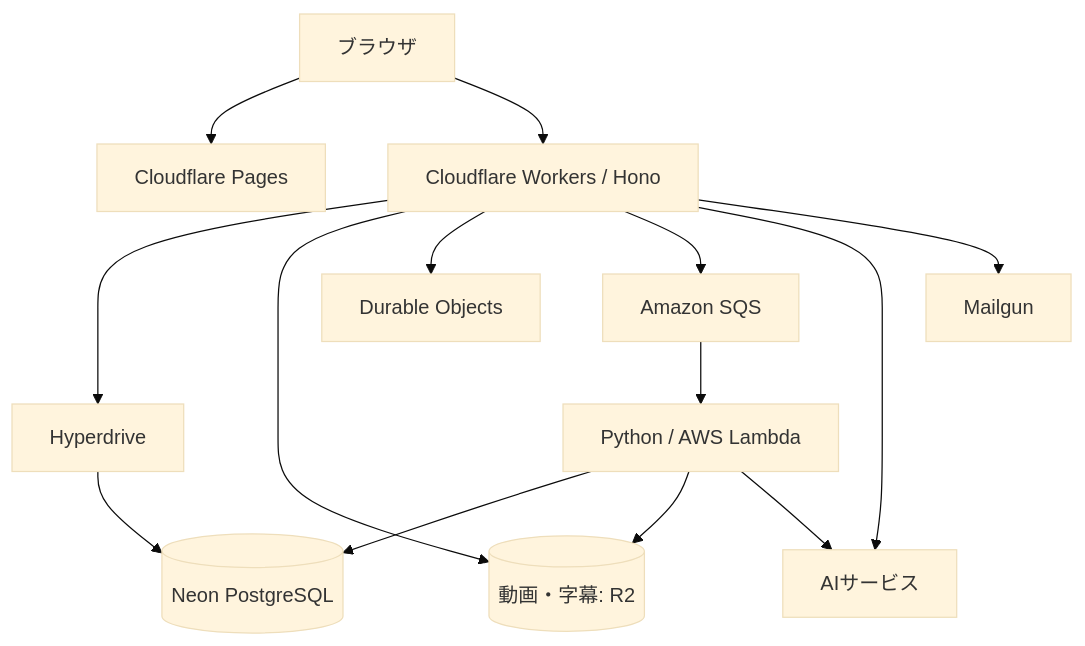
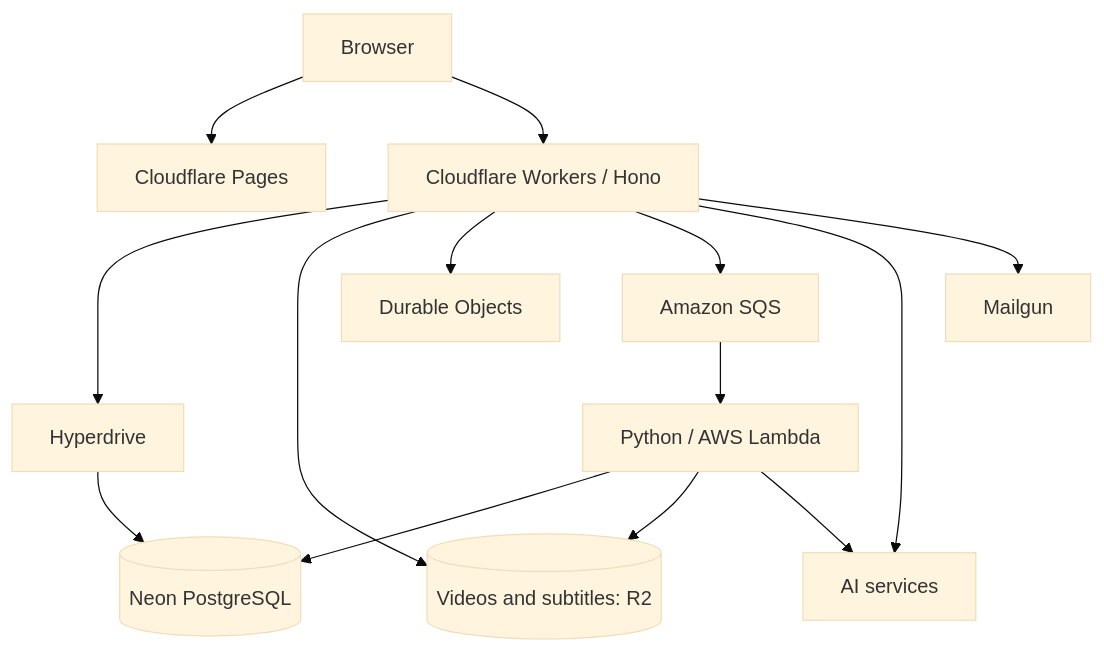
One commit to yukiharada1228/videoq changed the second of 2 diagrams in docs/architecture/system-configuration-diagram.md. Above: the diagram before and after it, drawn with Mermaid (base theme). The commit also changed other lines of this file and 79 other files, not shown here.

````diff
--- a/docs/architecture/system-configuration-diagram.md
+++ b/docs/architecture/system-configuration-diagram.md
@@ -48,15 +48,15 @@
 ```mermaid
 flowchart TB
-    User[ブラウザ] --> Pages[Cloudflare Pages]
+    User[Browser] --> Pages[Cloudflare Pages]
     User --> API[Cloudflare Workers / Hono]
     API --> HD[Hyperdrive] --> DB[(Neon PostgreSQL)]
-    API --> R2[(動画・字幕: R2)]
+    API --> R2[(Videos and subtitles: R2)]
     API --> DO[Durable Objects]
     API --> Queue[Amazon SQS]
     Queue --> Worker[Python / AWS Lambda]
     Worker --> DB
     Worker --> R2
-    API --> AI[AIサービス]
+    API --> AI[AI services]
     Worker --> AI
     API --> Mail[Mailgun]
 ```
````
